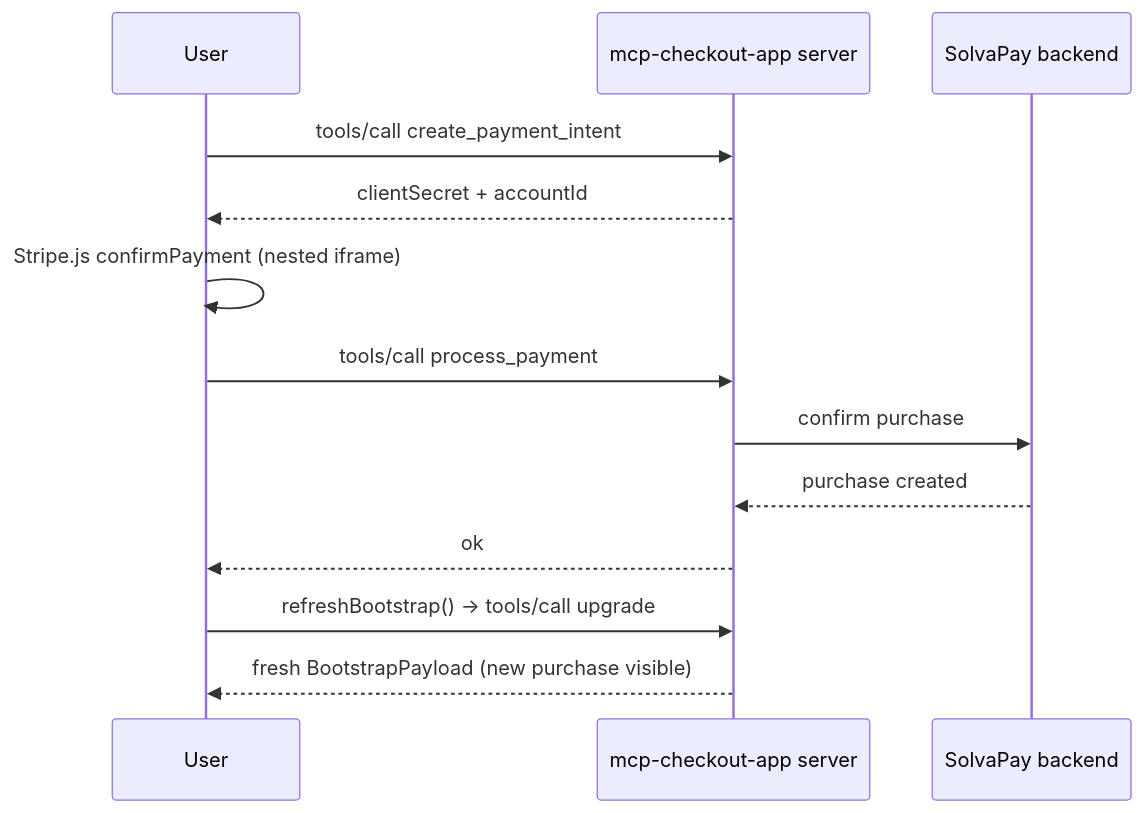
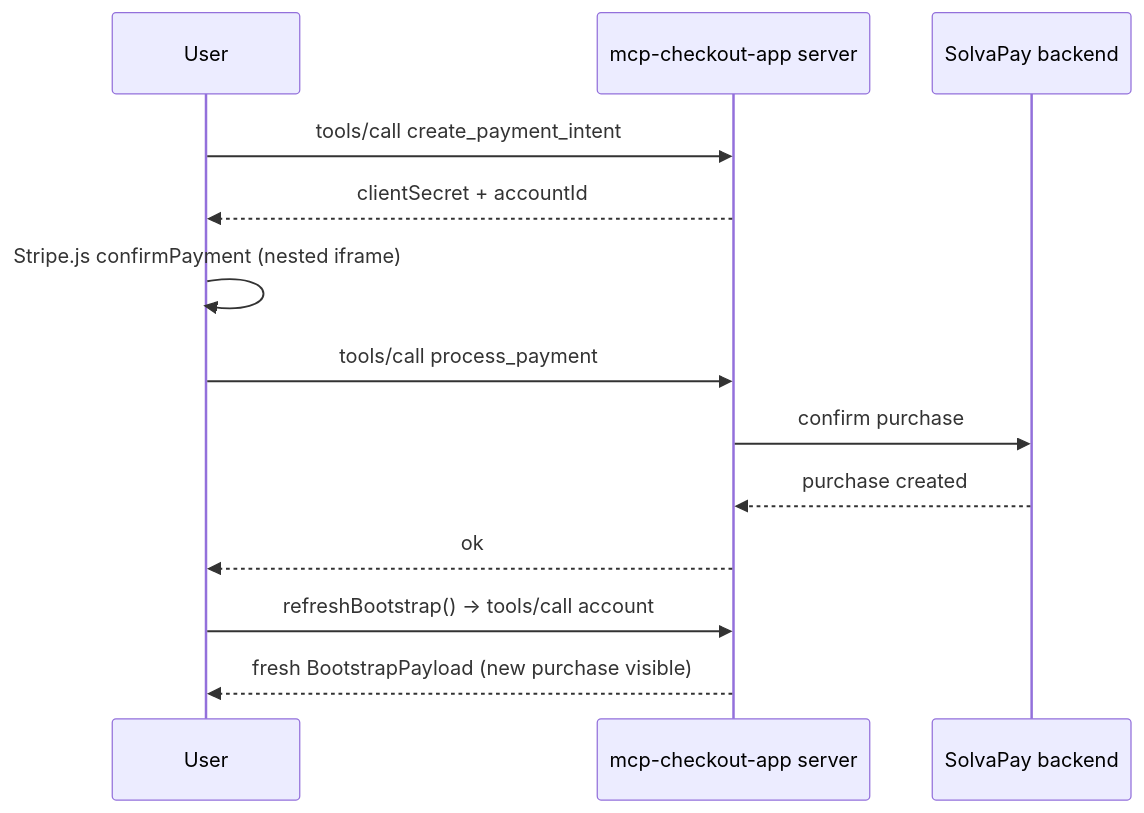
Before and after one commit to solvapay/solvapay-sdk: the second of 3 diagrams in examples/mcp-checkout-app/README.md, drawn with Mermaid. The commit also changed other lines of this file and 21 other files, not shown here.

````diff
--- a/examples/mcp-checkout-app/README.md
+++ b/examples/mcp-checkout-app/README.md
@@ -172,16 +174,16 @@
 ```mermaid
 sequenceDiagram
   participant U as User
   participant S as mcp-checkout-app server
   participant SP as SolvaPay backend
 
   U->>S: tools/call create_payment_intent
   S-->>U: clientSecret + accountId
   U->>U: Stripe.js confirmPayment (nested iframe)
   U->>S: tools/call process_payment
   S->>SP: confirm purchase
   SP-->>S: purchase created
   S-->>U: ok
-  U->>S: refreshBootstrap() → tools/call upgrade
+  U->>S: refreshBootstrap() → tools/call account
   S-->>U: fresh BootstrapPayload (new purchase visible)
 ```
````
